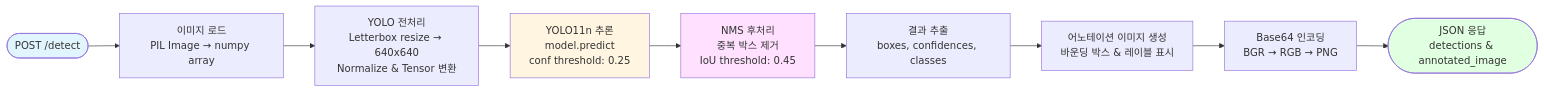
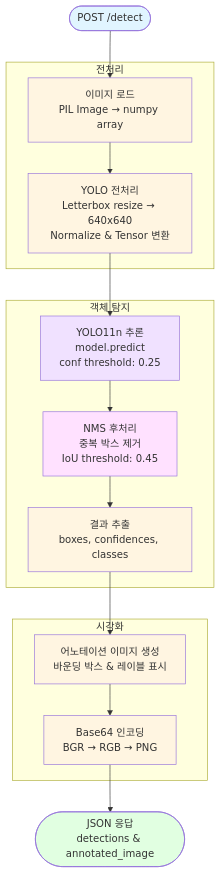
Before and after one commit to 15tkdgns/cnn: the sixth of 15 diagrams in diagrams/PROJECT_FLOW_MERMAID.md, drawn with Mermaid. The commit also changed other lines of this file, not shown here.

First line of the commit message:
Refactor: Improve diagram readability with vertical layout and logical grouping

````diff
--- a/diagrams/PROJECT_FLOW_MERMAID.md
+++ b/diagrams/PROJECT_FLOW_MERMAID.md
@@ -205,23 +305,41 @@
 ```mermaid
-flowchart LR
-    Start([POST /detect]) --> A[이미지 로드<br/>PIL Image → numpy array]
+flowchart TD
+    Start([POST /detect])
 
-    A --> B[YOLO 전처리<br/>Letterbox resize → 640x640<br/>Normalize & Tensor 변환]
+    subgraph preproc["전처리"]
+        A[이미지 로드<br/>PIL Image → numpy array]
+        B[YOLO 전처리<br/>Letterbox resize → 640x640<br/>Normalize & Tensor 변환]
+    end
 
-    B --> C[YOLO11n 추론<br/>model.predict<br/>conf threshold: 0.25]
+    subgraph detection["객체 탐지"]
+        C[YOLO11n 추론<br/>model.predict<br/>conf threshold: 0.25]
+        D[NMS 후처리<br/>중복 박스 제거<br/>IoU threshold: 0.45]
+        E[결과 추출<br/>boxes, confidences, classes]
+    end
 
-    C --> D[NMS 후처리<br/>중복 박스 제거<br/>IoU threshold: 0.45]
+    subgraph visual["시각화"]
+        F[어노테이션 이미지 생성<br/>바운딩 박스 & 레이블 표시]
+        G[Base64 인코딩<br/>BGR → RGB → PNG]
+    end
 
-    D --> E[결과 추출<br/>boxes, confidences, classes]
+    End([JSON 응답<br/>detections & annotated_image])
 
-    E --> F[어노테이션 이미지 생성<br/>바운딩 박스 & 레이블 표시]
-
-    F --> G[Base64 인코딩<br/>BGR → RGB → PNG]
-
-    G --> End([JSON 응답<br/>detections & annotated_image])
+    Start --> A
+    A --> B
+    B --> C
+    C --> D
+    D --> E
+    E --> F
+    F --> G
+    G --> End
 
     style Start fill:#e1f5ff
     style End fill:#e1ffe1
-    style C fill:#fff5e1
+    style A fill:#fff5e1
+    style B fill:#fff5e1
+    style C fill:#f0e1ff
     style D fill:#ffe1ff
+    style E fill:#fff5e1
+    style F fill:#fff5e1
+    style G fill:#fff5e1
 ```
````
